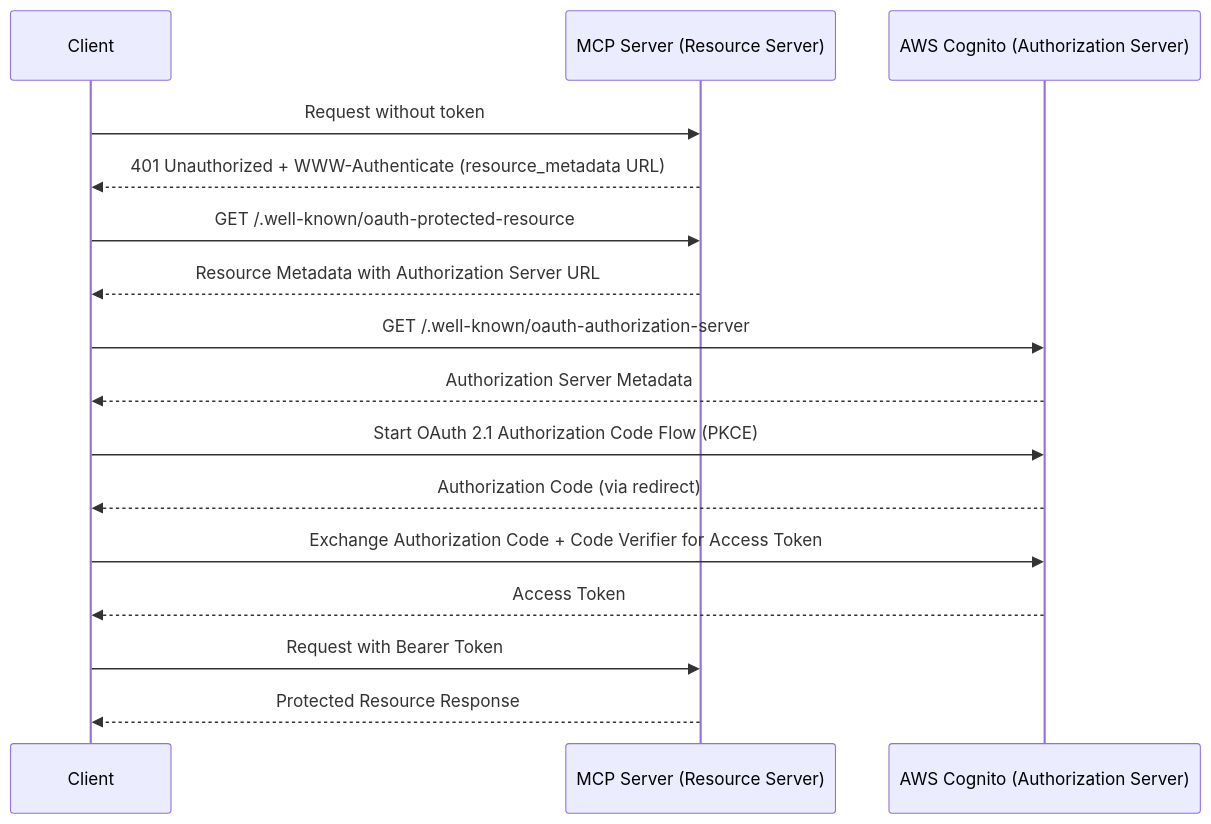
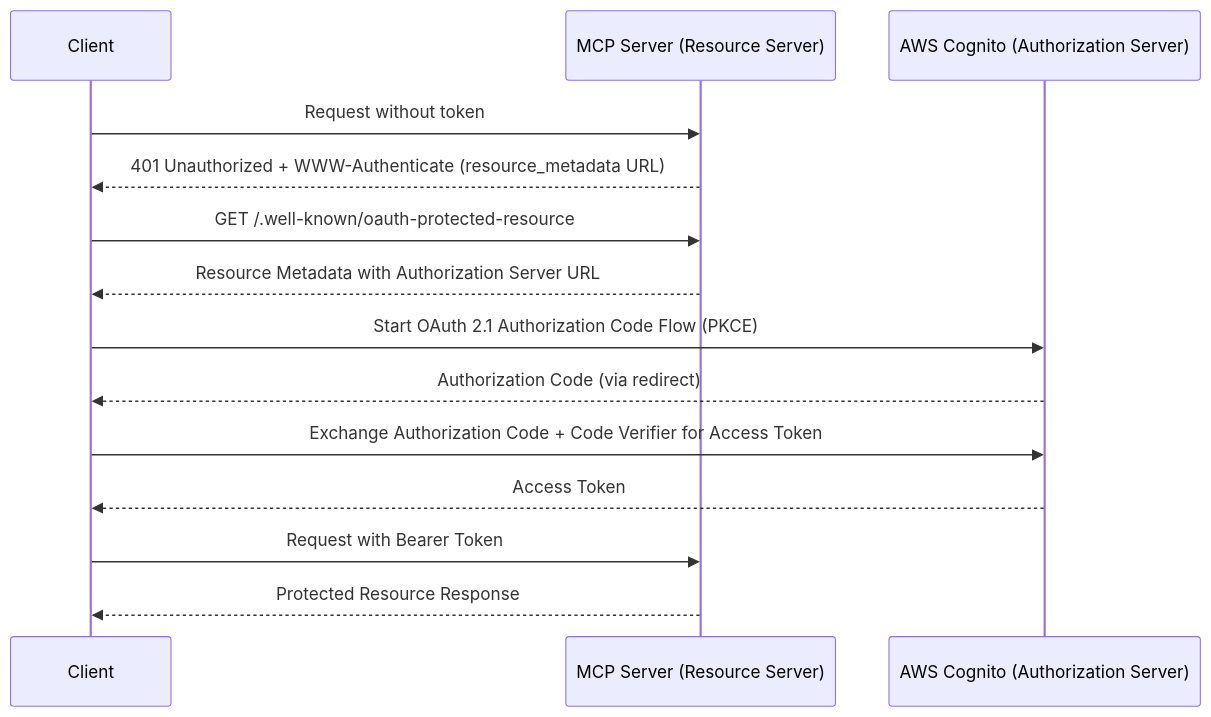
One commit to repasuma/mcp-oauth2-aws-cognito changed the diagram in docs/mcp-oauth-sequence.mermaid. Above: the diagram before and after it, drawn with Mermaid. The commit also changed 2 other files, not shown here.

```diff
--- a/docs/mcp-oauth-sequence.mermaid
+++ b/docs/mcp-oauth-sequence.mermaid
@@ -1,22 +1,19 @@
 sequenceDiagram
     participant Client
     participant MCP_Server as MCP Server (Resource Server)
     participant AWS_Cognito as AWS Cognito (Authorization Server)
 
     Client->>MCP_Server: Request without token
     MCP_Server-->>Client: 401 Unauthorized + WWW-Authenticate (resource_metadata URL)
 
     Client->>MCP_Server: GET /.well-known/oauth-protected-resource
     MCP_Server-->>Client: Resource Metadata with Authorization Server URL
 
-    Client->>AWS_Cognito: GET /.well-known/oauth-authorization-server
-    AWS_Cognito-->>Client: Authorization Server Metadata
-
     Client->>AWS_Cognito: Start OAuth 2.1 Authorization Code Flow (PKCE)
     AWS_Cognito-->>Client: Authorization Code (via redirect)
 
     Client->>AWS_Cognito: Exchange Authorization Code + Code Verifier for Access Token
     AWS_Cognito-->>Client: Access Token
 
     Client->>MCP_Server: Request with Bearer Token
     MCP_Server-->>Client: Protected Resource Response
```
